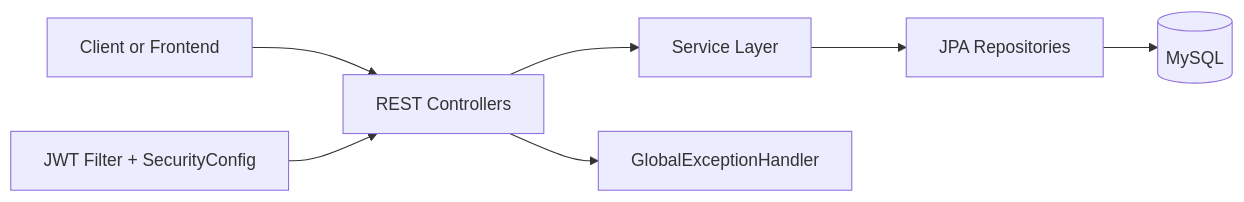
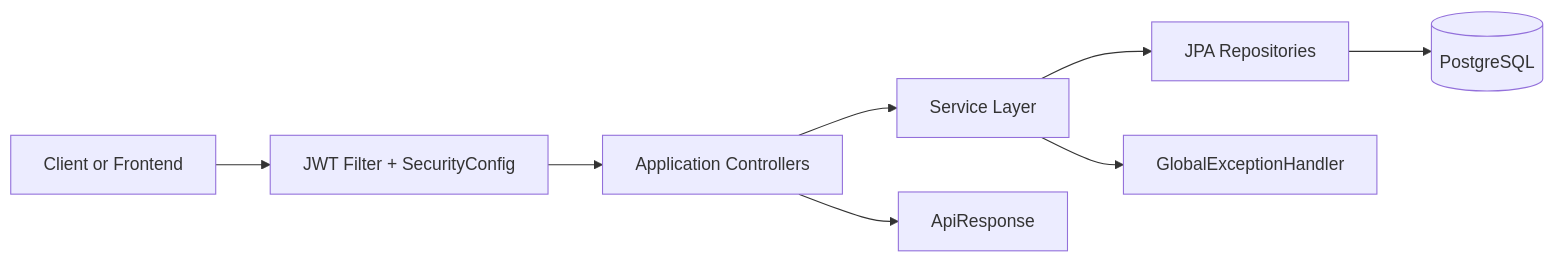
One commit to yuneshbyte01/hamro-chalchitraghar-backend changed the first of 3 diagrams in docs/TRD.md. Above: the diagram before and after it, drawn with Mermaid. The commit also changed other lines of this file and 12 other files, not shown here.

````diff
--- a/docs/TRD.md
+++ b/docs/TRD.md
@@ -9,9 +9,10 @@
 ```mermaid
 flowchart LR
-    Client[Client or Frontend] --> Controllers[REST Controllers]
+    Client[Client or Frontend] --> Security[JWT Filter + SecurityConfig]
+    Security --> Controllers[Application Controllers]
     Controllers --> Services[Service Layer]
     Services --> Repositories[JPA Repositories]
-    Repositories --> DB[(MySQL)]
-    Controllers --> Errors[GlobalExceptionHandler]
-    Security[JWT Filter + SecurityConfig] --> Controllers
+    Repositories --> DB[(PostgreSQL)]
+    Controllers --> Response[ApiResponse]
+    Services --> Exceptions[GlobalExceptionHandler]
 ```
````
